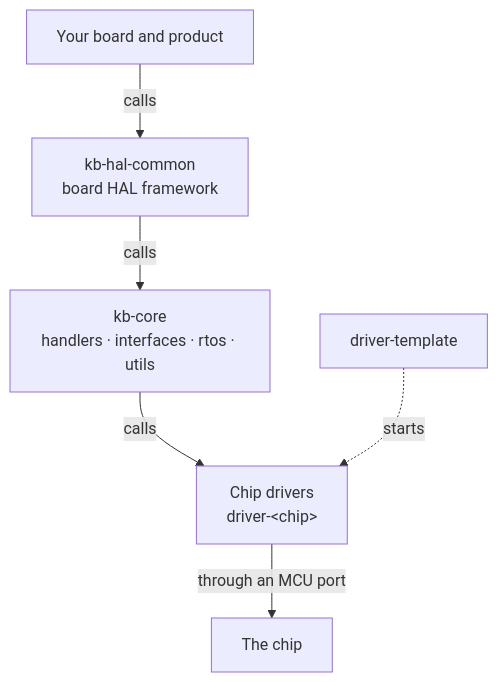
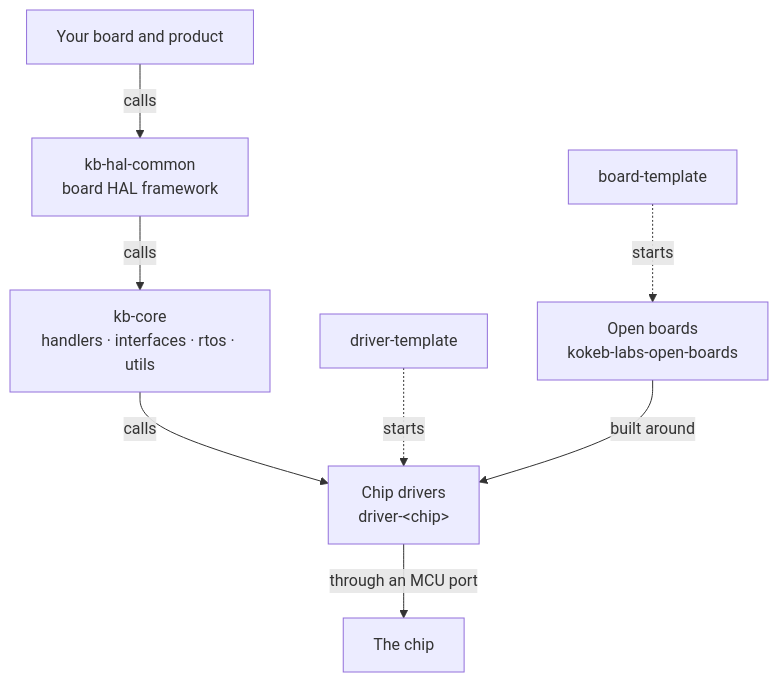
The first of 2 diagrams in profile/README.md (kokeb-labs/.github), drawn with Mermaid before and after one commit. The commit also changed other lines of this file, not shown here.

First line of the commit message:
Show the open boards and the system view on the organization page (#17)

````diff
--- a/profile/README.md
+++ b/profile/README.md
@@ -15,8 +15,10 @@
 ```mermaid
 flowchart TD
   board["Your board and product"] -- calls --> hal["kb-hal-common<br/>board HAL framework"]
   hal -- calls --> core["kb-core<br/>handlers · interfaces · rtos · utils"]
   core -- calls --> drv["Chip drivers<br/>driver-&lt;chip&gt;"]
   drv -- "through an MCU port" --> chip["The chip"]
   tpl["driver-template"] -. starts .-> drv
+  ob["Open boards<br/>kokeb-labs-open-boards"] -- built around --> drv
+  btpl["board-template"] -. starts .-> ob
 ```
````
